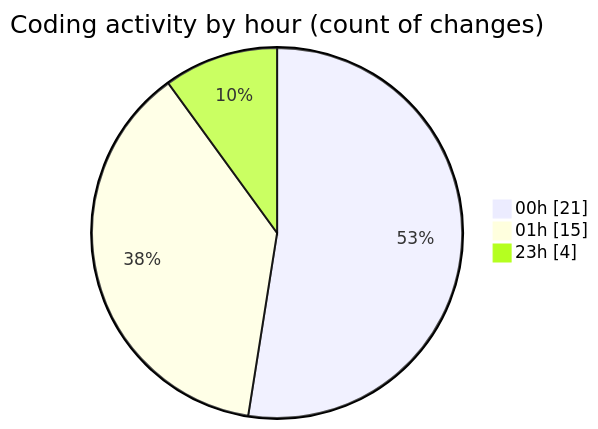
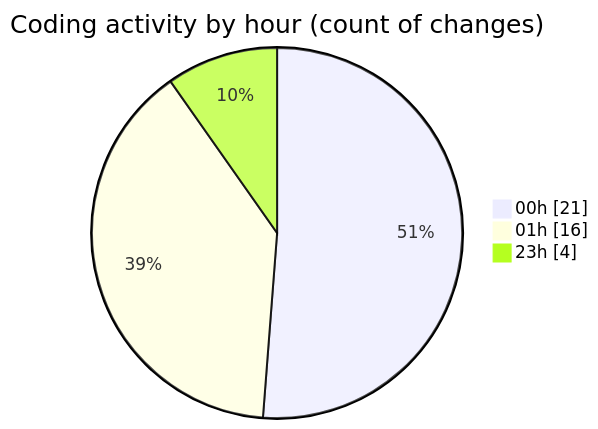
Before and after one commit to lephambinh05/code-tracking: the second of 2 diagrams in 2025-08-21/napxuvn/README.md, drawn with Mermaid. The commit also changed other lines of this file and 1 other file, not shown here.

````diff
--- a/2025-08-21/napxuvn/README.md
+++ b/2025-08-21/napxuvn/README.md
@@ -46,7 +46,7 @@
 ```mermaid
 pie showData
 title Coding activity by hour (count of changes)
 "00h" : 21
-"01h" : 15
+"01h" : 16
 "23h" : 4
 ```
````
